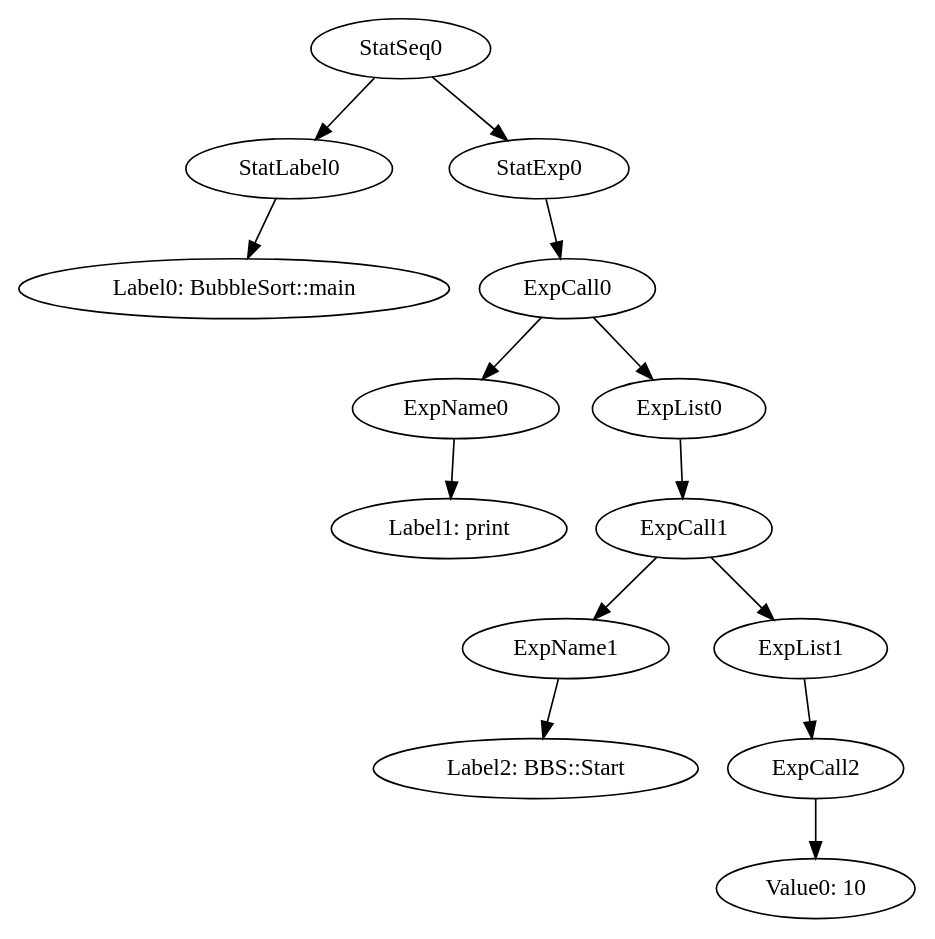
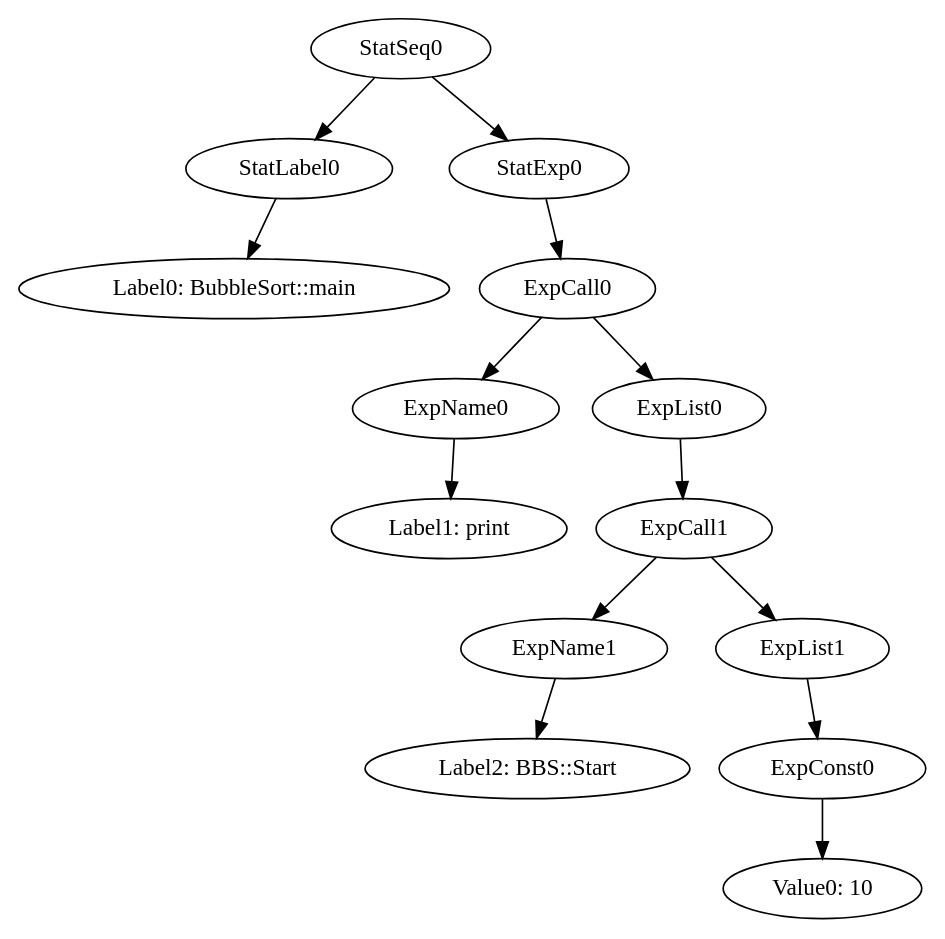
The diagram in MiniJava/results/SamplesCorrect/BubbleSort/irt_BubbleSort::main.gv (team-compilers/compilers), drawn with Graphviz before and after one commit. The commit also changed 183 other files, not shown here.

```diff
--- a/MiniJava/results/SamplesCorrect/BubbleSort/irt_BubbleSort::main.gv
+++ b/MiniJava/results/SamplesCorrect/BubbleSort/irt_BubbleSort::main.gv
@@ -1,16 +1,16 @@
 digraph {
 	ordering = out;
 	ExpList0 -> ExpCall1;
-	ExpList1 -> ExpCall2;
+	ExpList1 -> ExpConst0;
 	ExpCall1 -> ExpName1;
 	ExpCall1 -> ExpList1;
 	ExpName1 -> "Label2: BBS::Start";
 	StatExp0 -> ExpCall0;
+	ExpConst0 -> "Value0: 10";
 	StatLabel0 -> "Label0: BubbleSort::main";
 	ExpCall0 -> ExpName0;
 	ExpCall0 -> ExpList0;
-	ExpCall2 -> "Value0: 10";
 	StatSeq0 -> StatLabel0;
 	StatSeq0 -> StatExp0;
 	ExpName0 -> "Label1: print";
 }
```
